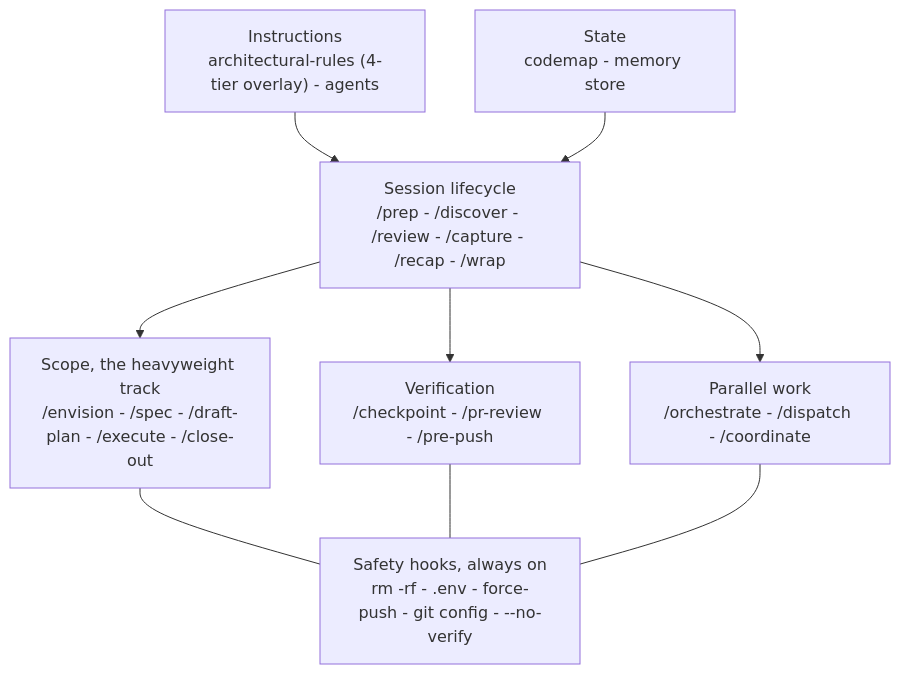
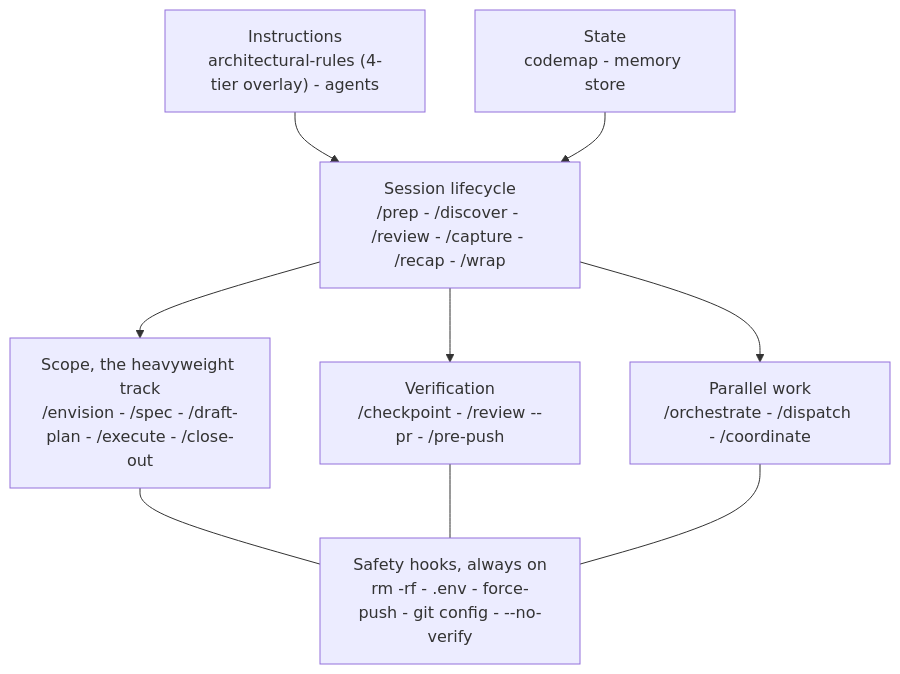
Before and after one commit to AcKeskin/contexture: the second of 3 diagrams in README.md, drawn with Mermaid. The commit also changed other lines of this file and 80 other files, not shown here.

````diff
--- a/README.md
+++ b/README.md
@@ -93,19 +93,19 @@
 ```mermaid
 flowchart TB
   INST["Instructions<br/>architectural-rules (4-tier overlay) - agents"]
   STATE["State<br/>codemap - memory store"]
   LOOP["Session lifecycle<br/>/prep - /discover - /review - /capture - /recap - /wrap"]
   SCOPE["Scope, the heavyweight track<br/>/envision - /spec - /draft-plan - /execute - /close-out"]
-  VER["Verification<br/>/checkpoint - /pr-review - /pre-push"]
+  VER["Verification<br/>/checkpoint - /review --pr - /pre-push"]
   PAR["Parallel work<br/>/orchestrate - /dispatch - /coordinate"]
   HOOKS["Safety hooks, always on<br/>rm -rf - .env - force-push - git config - --no-verify"]
 
   INST --> LOOP
   STATE --> LOOP
   LOOP --> SCOPE
   LOOP --> VER
   LOOP --> PAR
   SCOPE --- HOOKS
   VER --- HOOKS
   PAR --- HOOKS
 ```
````
